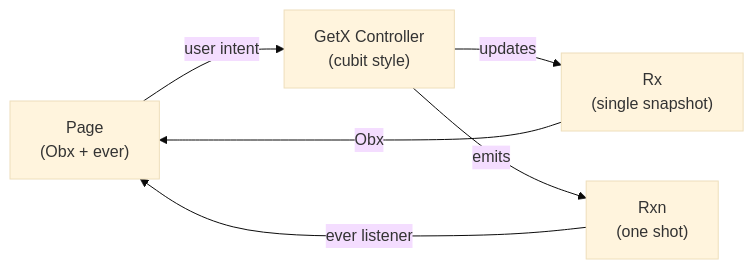
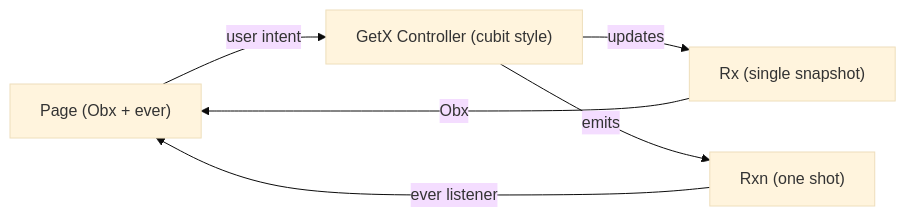
Before and after one commit to fikrilal/code-alchemy: the third of 4 diagrams in src/content/blog/getx-in-cubit-style-single-state-effects.mdx, drawn with Mermaid (base theme). The commit also changed other lines of this file, not shown here.

First line of the commit message:
docs(blog): update mermaid diagrams formatting in getx article

````diff
--- a/src/content/blog/getx-in-cubit-style-single-state-effects.mdx
+++ b/src/content/blog/getx-in-cubit-style-single-state-effects.mdx
@@ -288,8 +288,8 @@
 ```mermaid
 flowchart LR
-    UI["Page\n(Obx + ever)"] -->|user intent| C["GetX Controller\n(cubit style)"]
-    C -->|updates| St["Rx<State>\n(single snapshot)"]
-    C -->|emits| Eff["Rxn<Effect>\n(one shot)"]
+    UI["Page (Obx + ever)"] -->|user intent| C["GetX Controller (cubit style)"]
+    C -->|updates| St["Rx<State> (single snapshot)"]
+    C -->|emits| Eff["Rxn<Effect> (one shot)"]
     St -->|Obx| UI
     Eff -->|ever listener| UI
 ```
````
